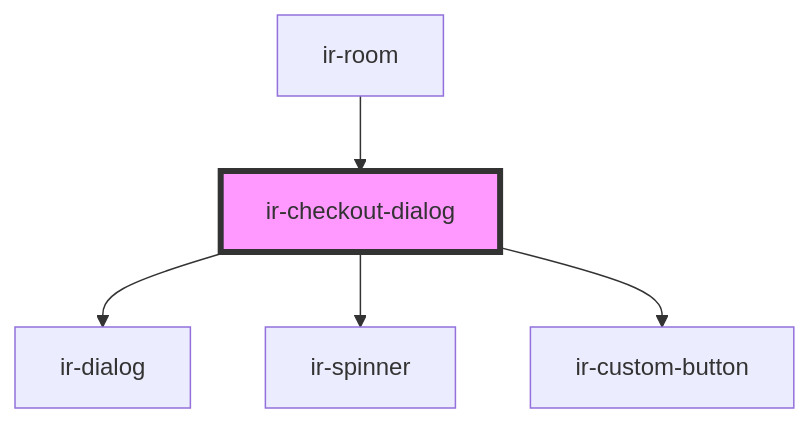
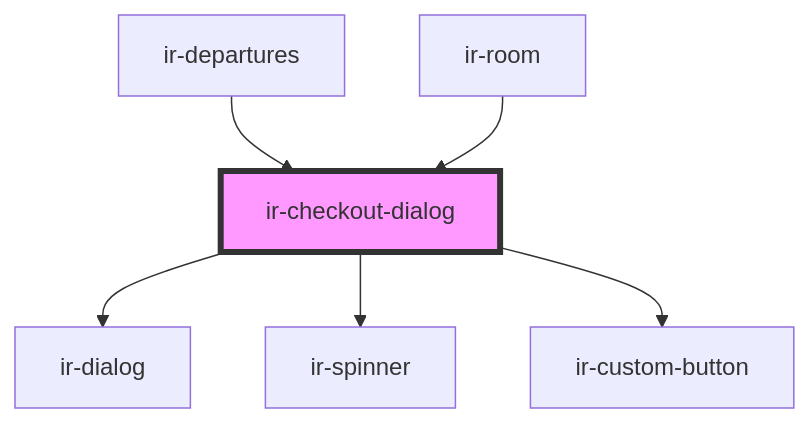
One commit to David1Chowaifaty/modified-ir-webcmp changed the diagram in src/components/ir-checkout-dialog/readme.md. Above: the diagram before and after it, drawn with Mermaid. The commit also changed other lines of this file and 17 other files, not shown here.

````diff
--- a/src/components/ir-checkout-dialog/readme.md
+++ b/src/components/ir-checkout-dialog/readme.md
@@ -37,8 +38,9 @@
 ```mermaid
 graph TD;
   ir-checkout-dialog --> ir-dialog
   ir-checkout-dialog --> ir-spinner
   ir-checkout-dialog --> ir-custom-button
+  ir-departures --> ir-checkout-dialog
   ir-room --> ir-checkout-dialog
   style ir-checkout-dialog fill:#f9f,stroke:#333,stroke-width:4px
 ```
````
